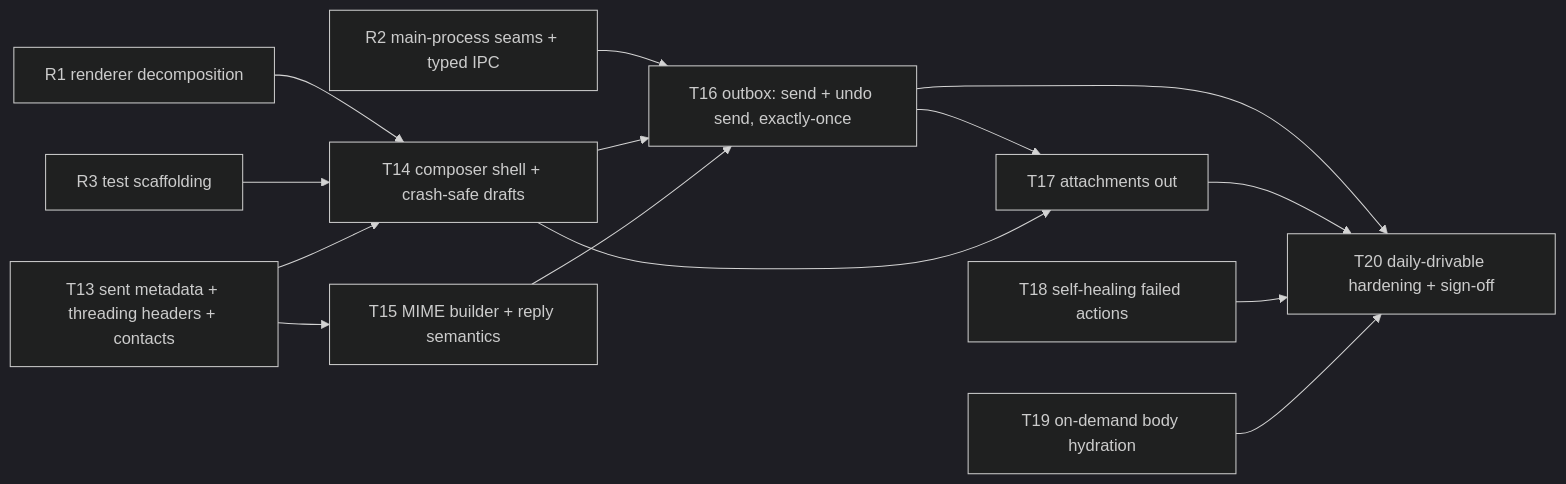
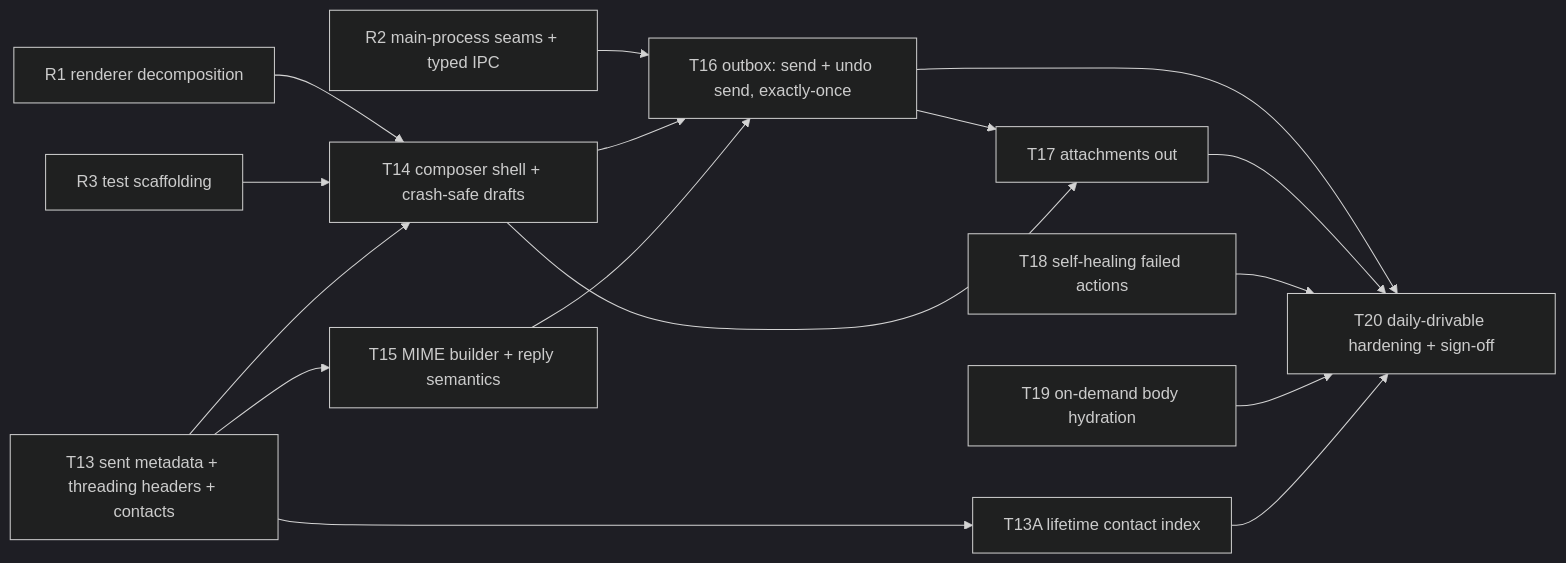
The diagram in docs/M2-PLAN.md (stephenw310/attn), drawn with Mermaid (dark theme) before and after one commit. The commit also changed other lines of this file and 10 other files, not shown here.

````diff
--- a/docs/M2-PLAN.md
+++ b/docs/M2-PLAN.md
@@ -15,28 +15,31 @@
 ```mermaid
 graph LR
   R1[R1 renderer decomposition]
   R2[R2 main-process seams + typed IPC]
   R3[R3 test scaffolding]
   T13[T13 sent metadata + threading headers + contacts]
+  T13A[T13A lifetime contact index]
   T14[T14 composer shell + crash-safe drafts]
   T15[T15 MIME builder + reply semantics]
   T16[T16 outbox: send + undo send, exactly-once]
   T17[T17 attachments out]
   T18[T18 self-healing failed actions]
   T19[T19 on-demand body hydration]
   T20[T20 daily-drivable hardening + sign-off]
 
   R1 --> T14
   R2 --> T16
   R3 --> T14
   T13 --> T14
   T13 --> T15
+  T13 --> T13A
   T14 --> T16
   T15 --> T16
   T16 --> T17
   T14 --> T17
   T16 --> T20
   T17 --> T20
   T18 --> T20
   T19 --> T20
+  T13A --> T20
 ```
````
